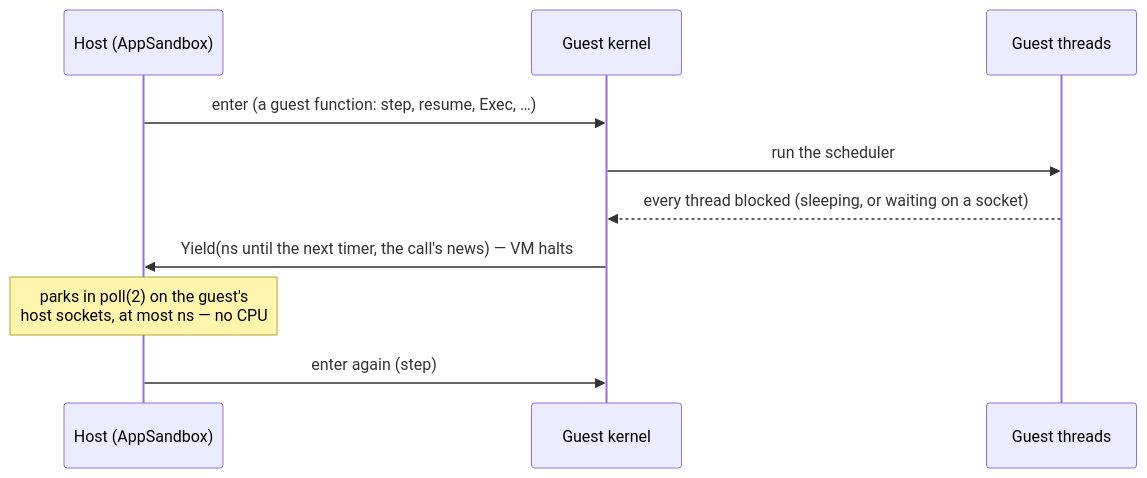
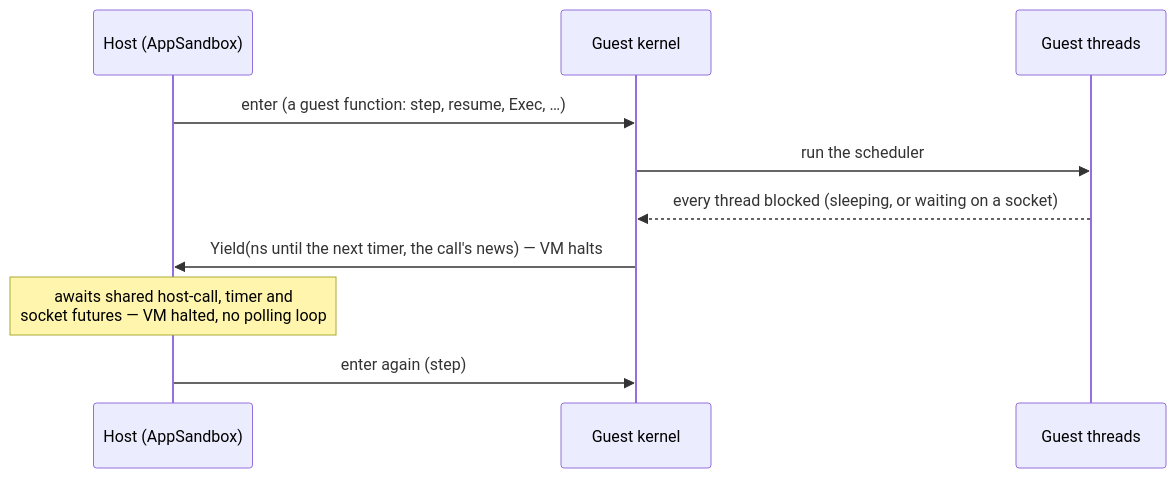
The first of 7 diagrams in docs/execution.md (hyperlight-dev/hyperlight-unikraft), drawn with Mermaid before and after one commit. The commit also changed other lines of this file and 38 other files, not shown here.

````diff
--- a/docs/execution.md
+++ b/docs/execution.md
@@ -7,13 +7,13 @@
 ```mermaid
 sequenceDiagram
     participant H as Host (AppSandbox)
     participant K as Guest kernel
     participant T as Guest threads
 
     H->>K: enter (a guest function: step, resume, Exec, …)
     K->>T: run the scheduler
     T-->>K: every thread blocked (sleeping, or waiting on a socket)
     K->>H: Yield(ns until the next timer, the call's news) — VM halts
-    Note over H: parks in poll(2) on the guest's<br/>host sockets, at most ns — no CPU
+    Note over H: awaits shared host-call, timer and<br/>socket futures — VM halted, no polling loop
     H->>K: enter again (step)
 ```
````
